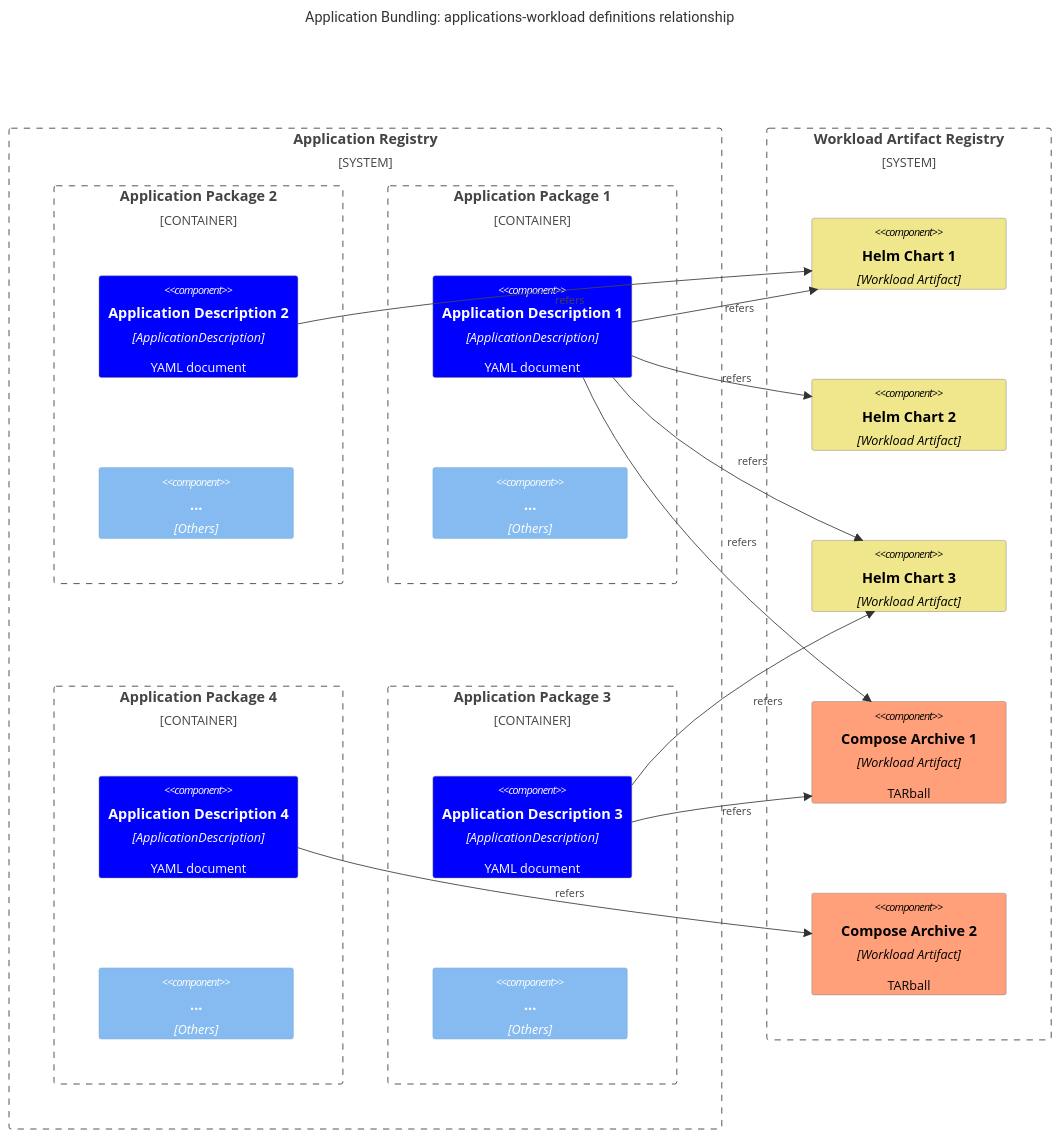
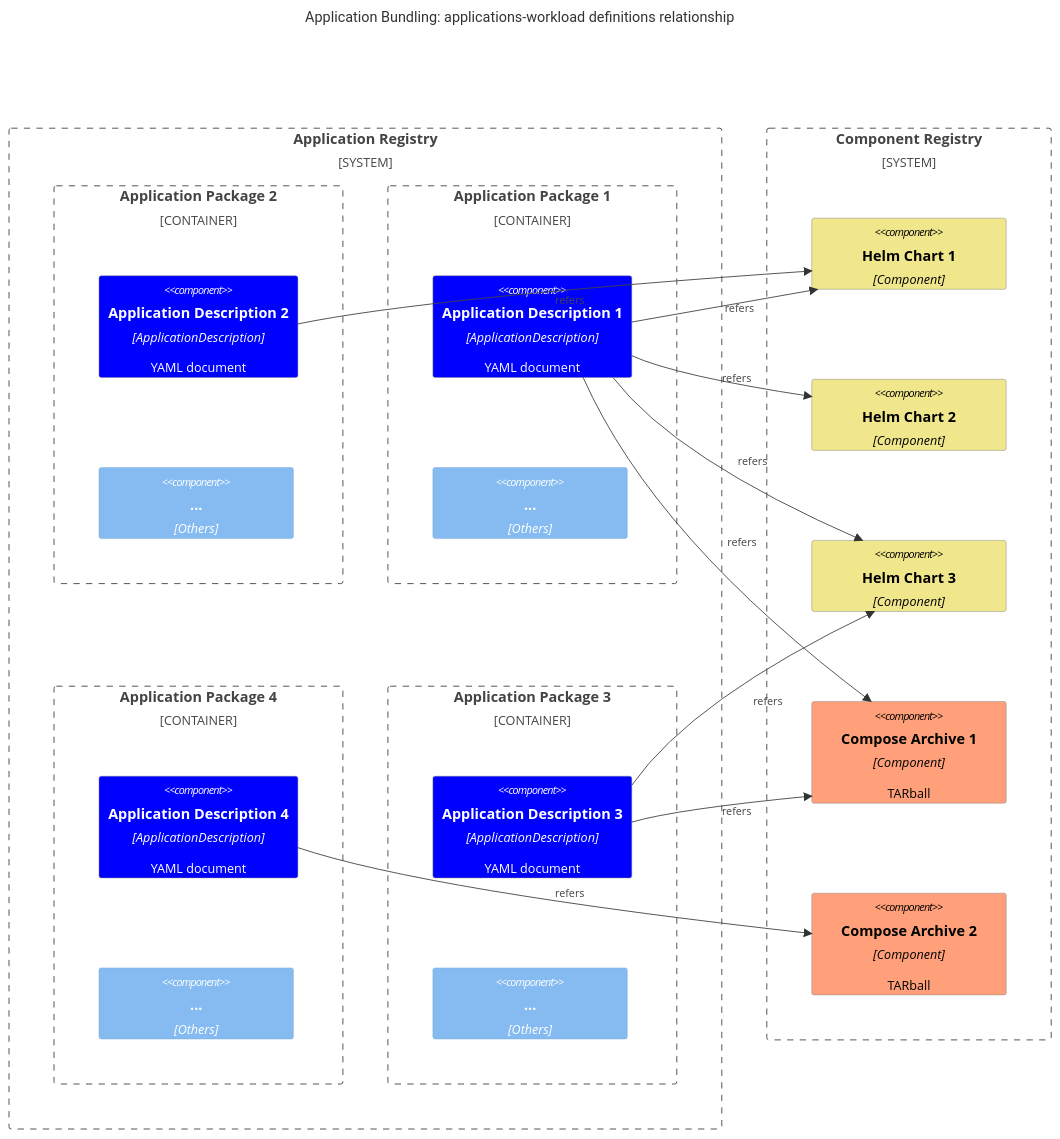
One commit to margo/specification changed the second of 10 diagrams in system-design/margo-overview/software-composition.md. Above: the diagram before and after it, drawn with Mermaid. The commit also changed other lines of this file, not shown here.

First line of the commit message:
fix: use component instead of workload artifact

````diff
--- a/system-design/margo-overview/software-composition.md
+++ b/system-design/margo-overview/software-composition.md
@@ -67,56 +65,56 @@
 ```mermaid
 C4Component
     title Application Bundling: applications-workload definitions relationship
 
     System_Boundary(ar, "Application Registry") {
         Container_Boundary(ab2, "Application Package 2") {
             Component(atb2, "Application Description 2", "ApplicationDescription", "YAML document")
             Component(o2, "...", "Others")
         }
 
         Container_Boundary(ab1, "Application Package 1") {
             Component(atb1, "Application Description 1", "ApplicationDescription", "YAML document")
             Component(o1, "...", "Others")
         }
         
         Container_Boundary(ab4, "Application Package 4") {
             Component(atb4, "Application Description 4", "ApplicationDescription", "YAML document")
             Component(o4, "...", "Others")
         }
 
         Container_Boundary(ab3, "Application Package 3") {
             Component(atb3, "Application Description 3", "ApplicationDescription", "YAML document")
             Component(o3, "...", "Others")
         }
     }
 
-    System_Boundary(crr, "Workload Artifact Registry") {
-        Component(hc1, "Helm Chart 1", "Workload Artifact")
-        Component(hc2, "Helm Chart 2", "Workload Artifact")
-        Component(hc3, "Helm Chart 3", "Workload Artifact")
-        Component(cc1, "Compose Archive 1", "Workload Artifact", "TARball")
-        Component(cc2, "Compose Archive 2", "Workload Artifact", "TARball")
+    System_Boundary(crr, "Component Registry") {
+        Component(hc1, "Helm Chart 1", "Component")
+        Component(hc2, "Helm Chart 2", "Component")
+        Component(hc3, "Helm Chart 3", "Component")
+        Component(cc1, "Compose Archive 1", "Component", "TARball")
+        Component(cc2, "Compose Archive 2", "Component", "TARball")
     }
 
     Rel(atb1, hc1, "refers")
     Rel(atb1, hc2, "refers")
     Rel(atb1, cc1, "refers")
 
     Rel(atb2, hc1, "refers")
     Rel(atb1, hc3, "refers")
 
     Rel(atb3, hc3, "refers")
     Rel(atb3, cc1, "refers")
 
     Rel(atb4, cc2, "refers")
 
     UpdateElementStyle(atb1, $fontColor="white", $bgColor="blue", $borderColor="grey")
     UpdateElementStyle(atb2, $fontColor="white", $bgColor="blue", $borderColor="grey")
     UpdateElementStyle(atb3, $fontColor="white", $bgColor="blue", $borderColor="grey")
     UpdateElementStyle(atb4, $fontColor="white", $bgColor="blue", $borderColor="grey")
     UpdateElementStyle(hc1, $fontColor="black", $bgColor="khaki", $borderColor="grey")
     UpdateElementStyle(hc2, $fontColor="black", $bgColor="khaki", $borderColor="grey")
     UpdateElementStyle(hc3, $fontColor="black", $bgColor="khaki", $borderColor="grey")
     UpdateElementStyle(cc1, $fontColor="black", $bgColor="lightsalmon", $borderColor="grey")
     UpdateElementStyle(cc2, $fontColor="black", $bgColor="lightsalmon", $borderColor="grey")
 ```
````
